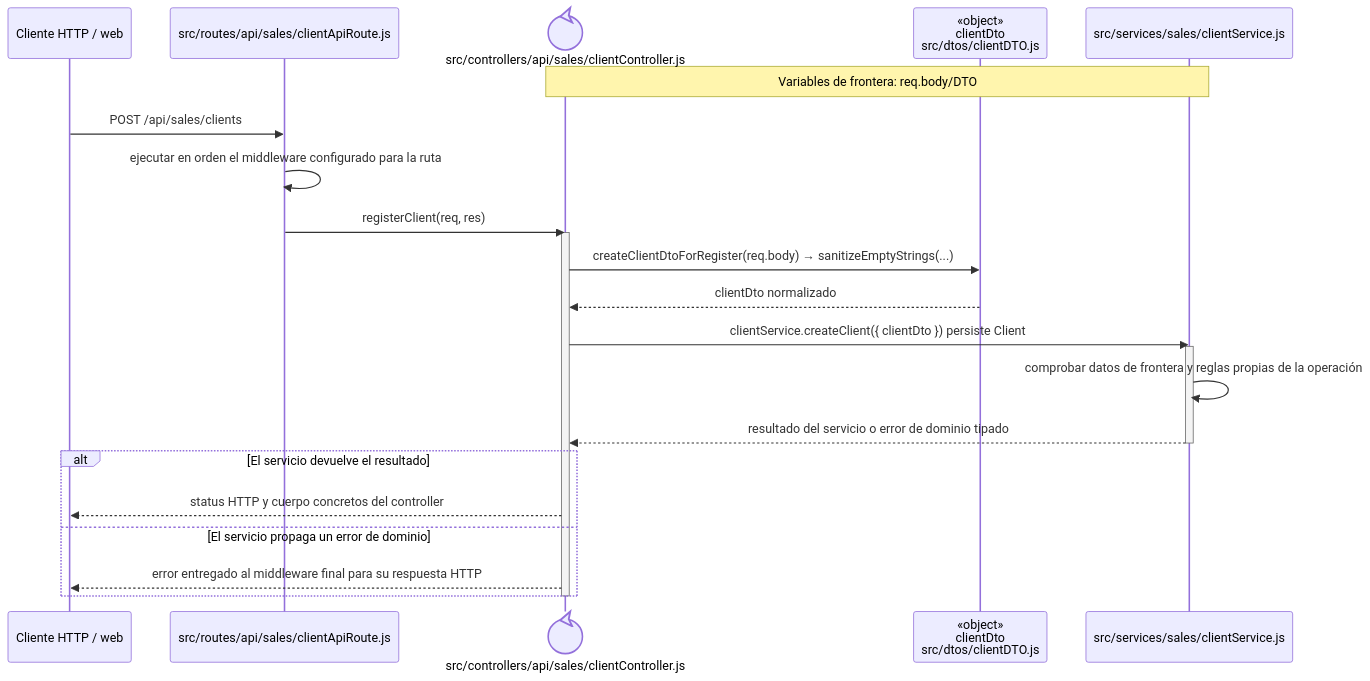
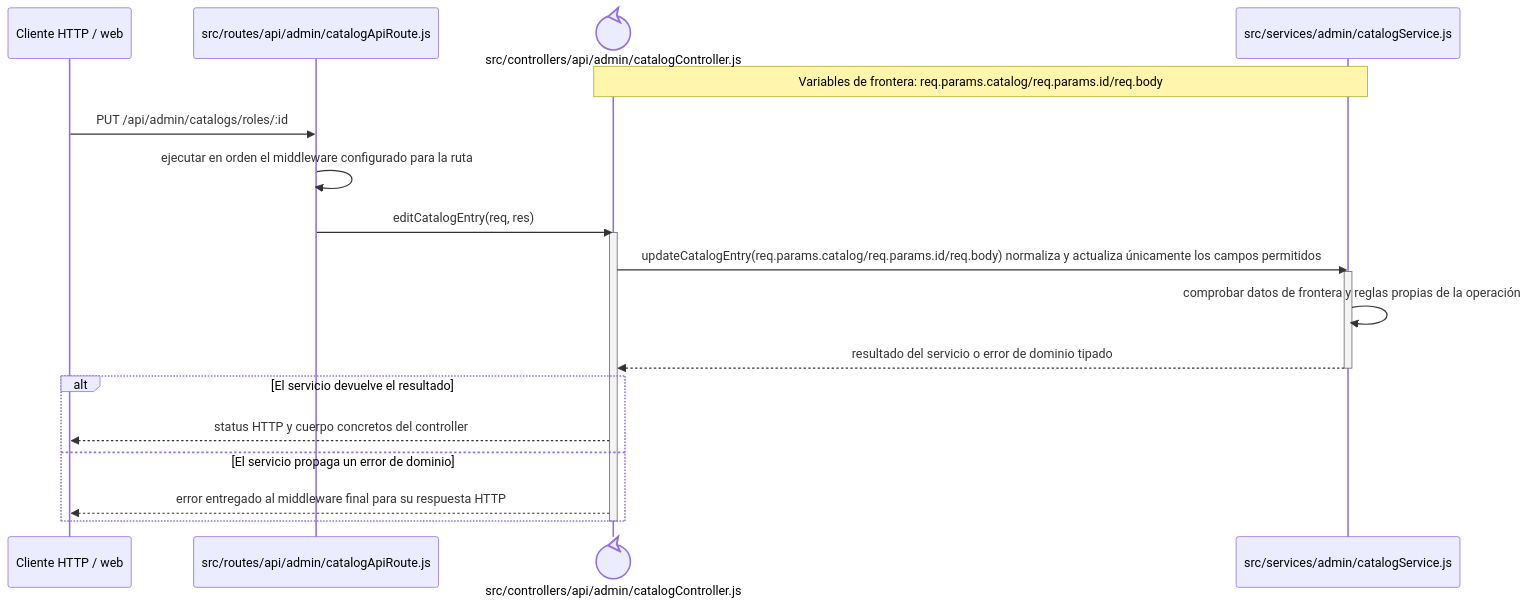
One commit to gpgsistemas01/nexus changed the diagram in docs/architecture/backend-code-sequences/catalogs/cu-cat-15.md. Above: the diagram before and after it, drawn with Mermaid. The commit also changed other lines of this file and 287 other files, not shown here.

````diff
--- a/docs/architecture/backend-code-sequences/catalogs/cu-cat-15.md
+++ b/docs/architecture/backend-code-sequences/catalogs/cu-cat-15.md
@@ -6,27 +6,24 @@
 ```mermaid
 sequenceDiagram
     participant Client as Cliente HTTP / web
-    participant Route as src/routes/api/sales/clientApiRoute.js
-    participant Controller@{ "type": "control" } as src/controllers/api/sales/clientController.js
-    participant ClientDto as «object»<br/>clientDto<br/>src/dtos/clientDTO.js
-    participant Domain as src/services/sales/clientService.js
-    Note over Controller,Domain: Variables de frontera: req.body/DTO
+    participant Route as src/routes/api/admin/catalogApiRoute.js
+    participant Controller@{ "type": "control" } as src/controllers/api/admin/catalogController.js
+    participant Domain as src/services/admin/catalogService.js
+    Note over Controller,Domain: Variables de frontera: req.params.catalog/req.params.id/req.body
 
-    Client->>Route: POST /api/sales/clients
+    Client->>Route: PUT /api/admin/catalogs/roles/:id
     Route->>Route: ejecutar en orden el middleware configurado para la ruta
-    Route->>Controller: registerClient(req, res)
+    Route->>Controller: editCatalogEntry(req, res)
     activate Controller
-    Controller->>ClientDto: createClientDtoForRegister(req.body) → sanitizeEmptyStrings(...)
-    ClientDto-->>Controller: clientDto normalizado
-    Controller->>Domain: clientService.createClient({ clientDto }) persiste Client
+    Controller->>Domain: updateCatalogEntry(req.params.catalog/req.params.id/req.body) normaliza y actualiza únicamente los campos permitidos
     activate Domain
     Domain->>Domain: comprobar datos de frontera y reglas propias de la operación
     Domain-->>Controller: resultado del servicio o error de dominio tipado
     deactivate Domain
     alt El servicio devuelve el resultado
         Controller-->>Client: status HTTP y cuerpo concretos del controller
     else El servicio propaga un error de dominio
         Controller-->>Client: error entregado al middleware final para su respuesta HTTP
     end
     deactivate Controller
 ```
````
